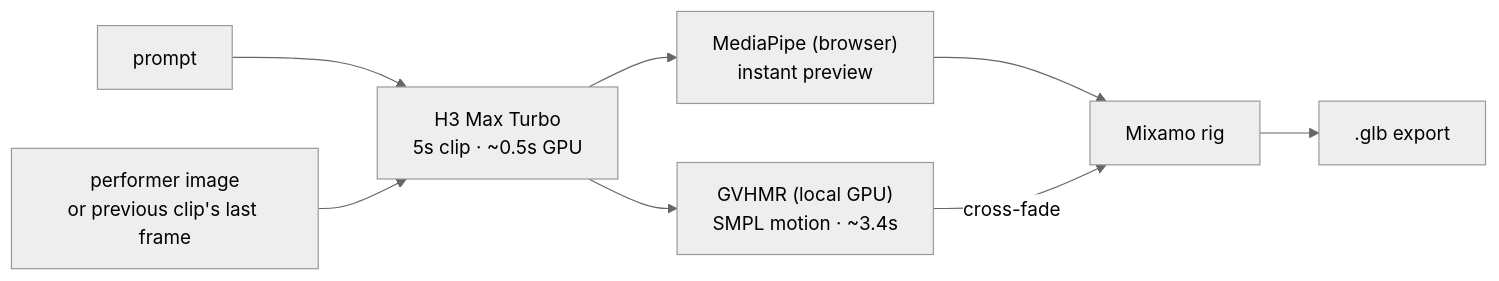
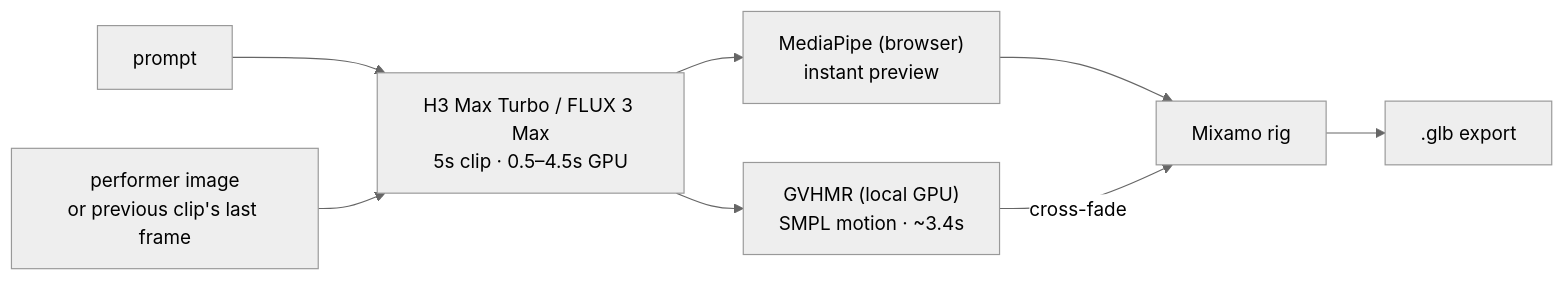
Before and after one commit to blendi-remade/prompt2rig: the diagram in README.md, drawn with Mermaid (neutral theme). The commit also changed other lines of this file and 4 other files, not shown here.

First line of the commit message:
Add FLUX 3 Max video model and a character picker

````diff
--- a/README.md
+++ b/README.md
@@ -11,10 +11,10 @@
 ```mermaid
 flowchart LR
-  P[prompt] --> V["H3 Max Turbo<br/>5s clip · ~0.5s GPU"]
+  P[prompt] --> V["H3 Max Turbo / FLUX 3 Max<br/>5s clip · 0.5–4.5s GPU"]
   I["performer image<br/>or previous clip's last frame"] --> V
   V --> L["MediaPipe (browser)<br/>instant preview"]
   V --> H["GVHMR (local GPU)<br/>SMPL motion · ~3.4s"]
   L --> R[Mixamo rig]
   H -- cross-fade --> R
   R --> G[.glb export]
 ```
````
